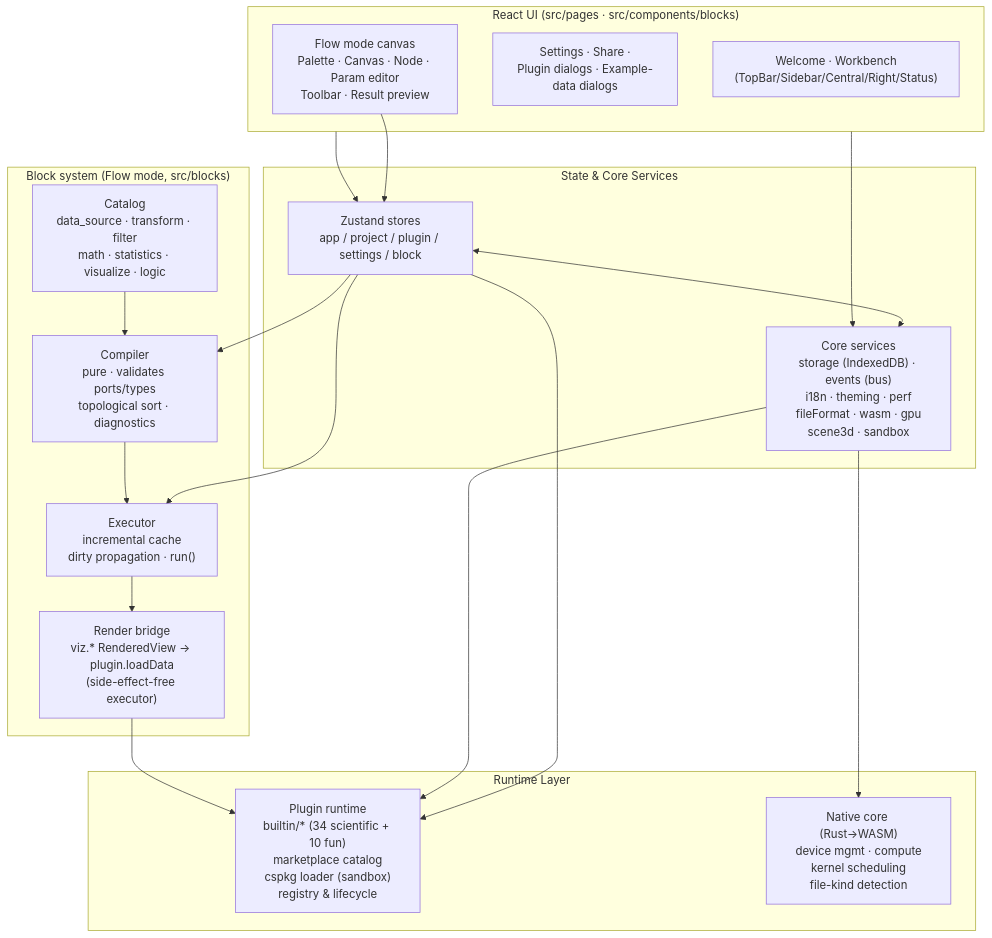
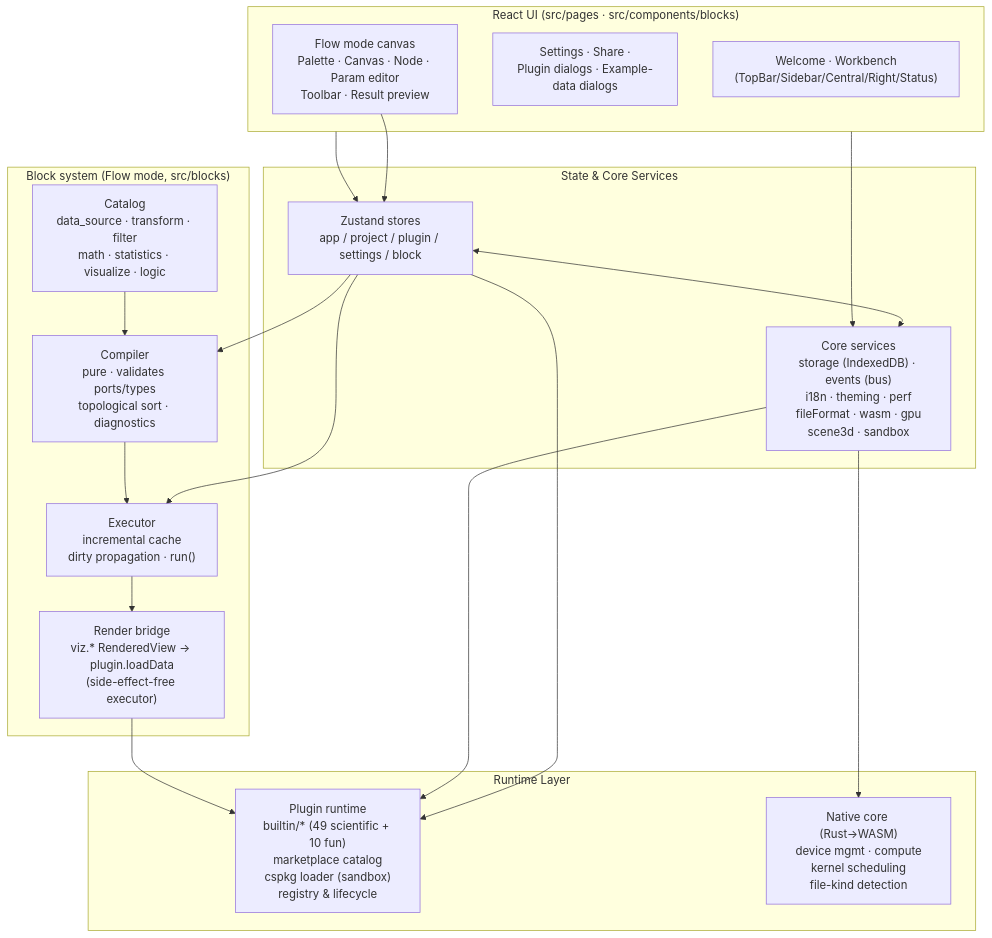
Before and after one commit to SnowLeopard-io/ErgalicsStudio: the diagram in README.md, drawn with Mermaid. The commit also changed other lines of this file and 5 other files, not shown here.

````diff
--- a/README.md
+++ b/README.md
@@ -361,39 +377,39 @@
 ```mermaid
 flowchart TB
     subgraph UI["React UI (src/pages · src/components/blocks)"]
         A1["Welcome · Workbench<br/>(TopBar/Sidebar/Central/Right/Status)"]
         A2["Settings · Share ·<br/>Plugin dialogs · Example-data dialogs"]
         A3["Flow mode canvas<br/>Palette · Canvas · Node · Param editor<br/>Toolbar · Result preview"]
     end
 
     subgraph State["State & Core Services"]
         B1["Zustand stores<br/>app / project / plugin / settings / block"]
         B2["Core services<br/>storage (IndexedDB) · events (bus)<br/>i18n · theming · perf<br/>fileFormat · wasm · gpu<br/>scene3d · sandbox"]
     end
 
     subgraph Blocks["Block system (Flow mode, src/blocks)"]
         D1["Catalog<br/>data_source · transform · filter<br/>math · statistics · visualize · logic"]
         D2["Compiler<br/>pure · validates ports/types<br/>topological sort · diagnostics"]
         D3["Executor<br/>incremental cache<br/>dirty propagation · run()"]
         D4["Render bridge<br/>viz.* RenderedView → plugin.loadData<br/>(side-effect-free executor)"]
     end
 
     subgraph Runtime["Runtime Layer"]
-        C1["Plugin runtime<br/>builtin/* (34 scientific + 10 fun)<br/>marketplace catalog<br/>cspkg loader (sandbox)<br/>registry & lifecycle"]
+        C1["Plugin runtime<br/>builtin/* (49 scientific + 10 fun)<br/>marketplace catalog<br/>cspkg loader (sandbox)<br/>registry & lifecycle"]
         C2["Native core (Rust→WASM)<br/>device mgmt · compute<br/>kernel scheduling<br/>file-kind detection"]
     end
 
     UI --> B1
     UI --> B2
     B1 <--> B2
     B1 --> C1
     B2 --> C1
     B2 --> C2
     A3 --> B1
     B1 --> D2
     B1 --> D3
     D2 --> D3
     D1 --> D2
     D3 --> D4
     D4 --> C1
 ```
````
